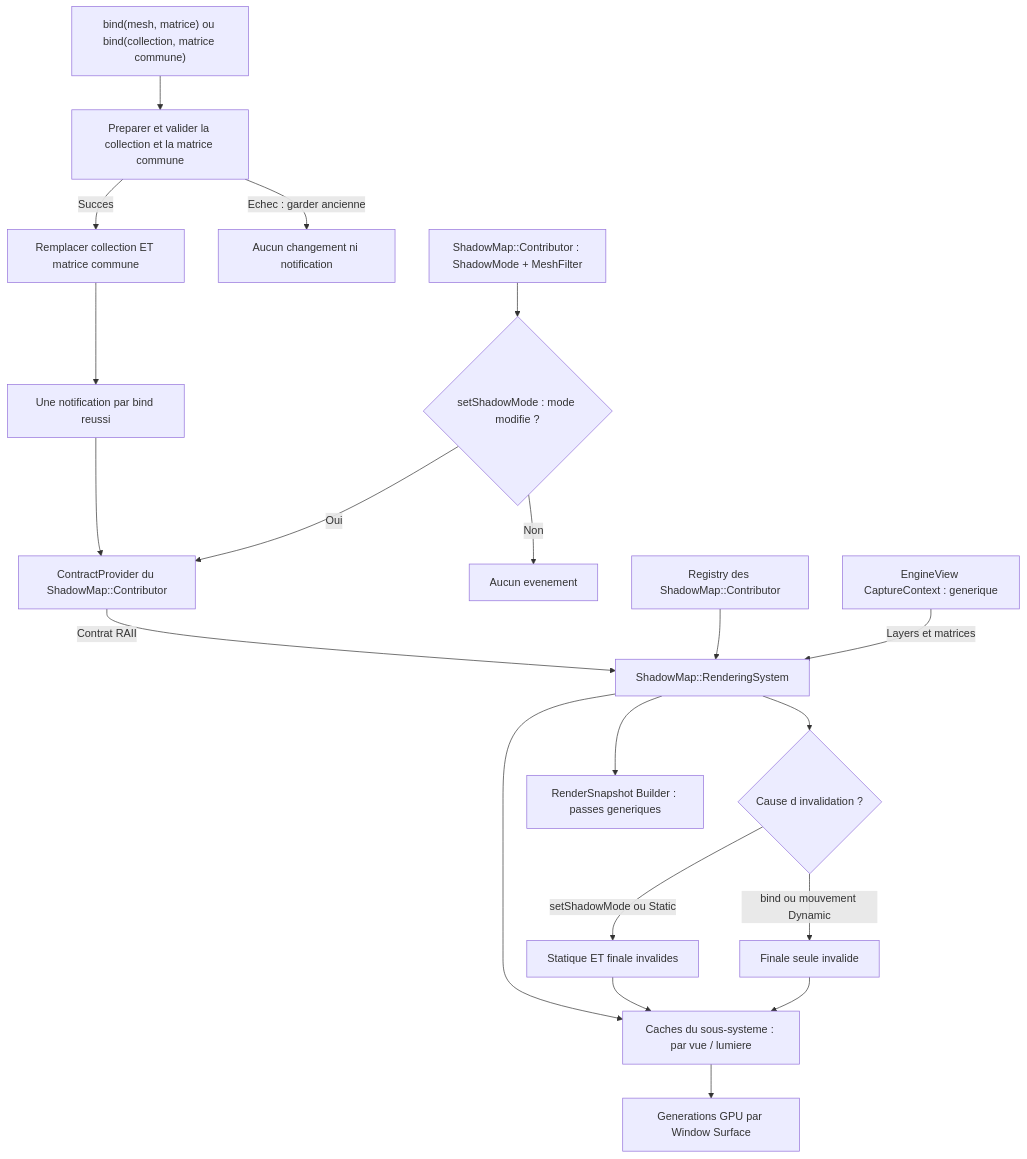
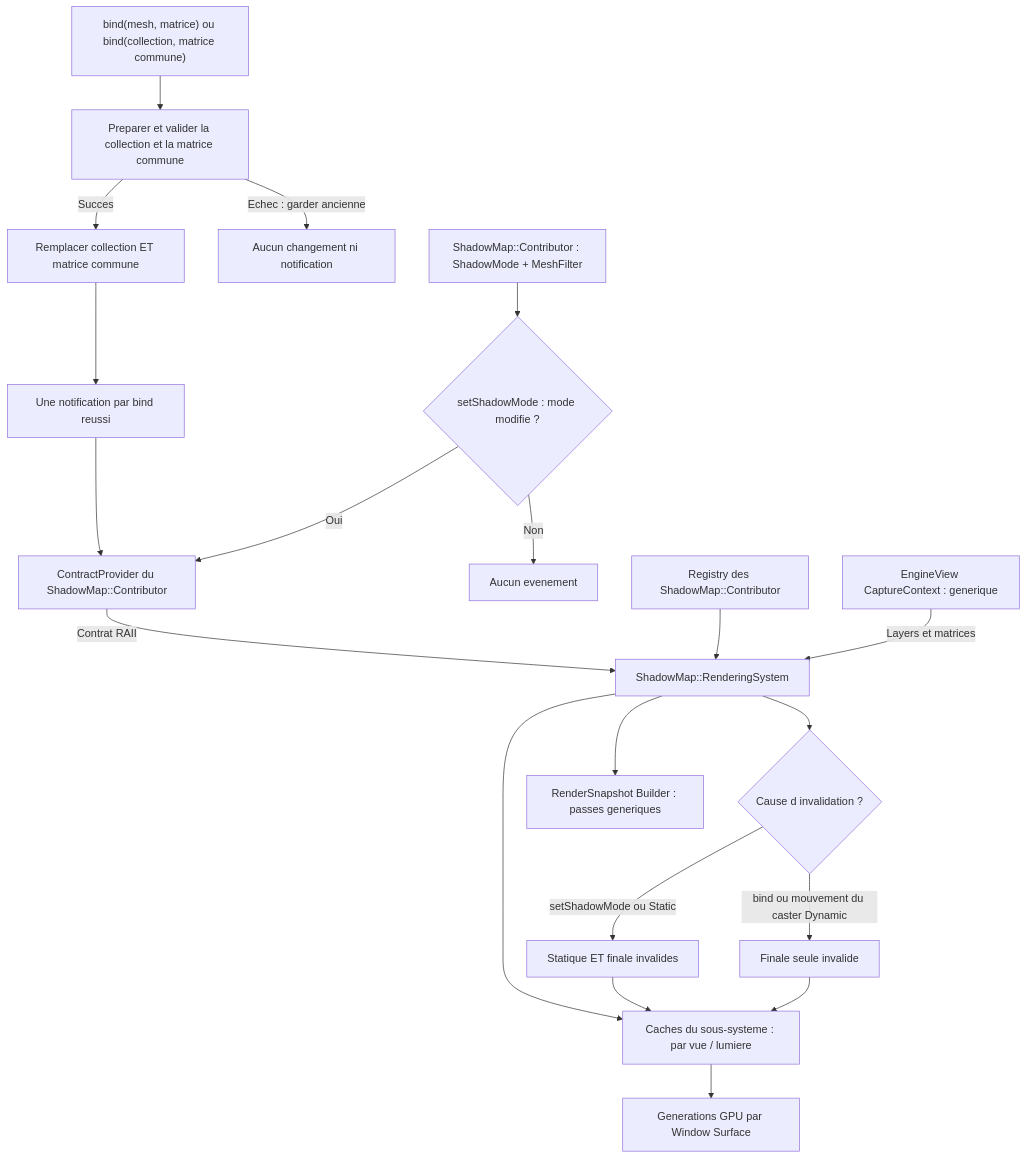
The fifth of 15 diagrams in docs/voxel-engine-v0.1.4/08-lumieres-et-ombres.md (EreliaStudio/Sparkle), drawn with Mermaid before and after one commit. The commit also changed other lines of this file, not shown here.

Commit message:
docs(v0.1.4): harmonize approved widget, system pass and shadow-pass contracts

````diff
--- a/docs/voxel-engine-v0.1.4/08-lumieres-et-ombres.md
+++ b/docs/voxel-engine-v0.1.4/08-lumieres-et-ombres.md
@@ -208,22 +208,22 @@
 ```mermaid
 flowchart TD
   Source["ShadowMap::Contributor : ShadowMode + MeshFilter"] --> Change{"setShadowMode : mode modifie ?"}
   Bind["bind(mesh, matrice) ou bind(collection, matrice commune)"] --> Validate["Preparer et valider la collection et la matrice commune"]
   Validate -->|"Echec : garder ancienne"| Failure["Aucun changement ni notification"]
   Validate -->|"Succes"| Swap["Remplacer collection ET matrice commune"]
   Swap --> Geom["Une notification par bind reussi"]
   Geom --> Provider
   Change -->|"Non"| Nothing["Aucun evenement"]
   Change -->|"Oui"| Provider["ContractProvider du ShadowMap::Contributor"]
   Provider -->|"Contrat RAII"| S["ShadowMap::RenderingSystem"]
   S --> Reason{"Cause d invalidation ?"}
   Reason -->|"setShadowMode ou Static"| Both["Statique ET finale invalides"]
-  Reason -->|"bind ou mouvement Dynamic"| Final["Finale seule invalide"]
+  Reason -->|"bind ou mouvement du caster Dynamic"| Final["Finale seule invalide"]
   Registry["Registry des ShadowMap::Contributor"] --> S
   S --> PerView["Caches du sous-systeme : par vue / lumiere"]
   PerView --> Surface["Generations GPU par Window Surface"]
   Both --> PerView
   Final --> PerView
   Context["EngineView CaptureContext : generique"] -->|"Layers et matrices"| S
   S --> Builder["RenderSnapshot Builder : passes generiques"]
 ```
````
